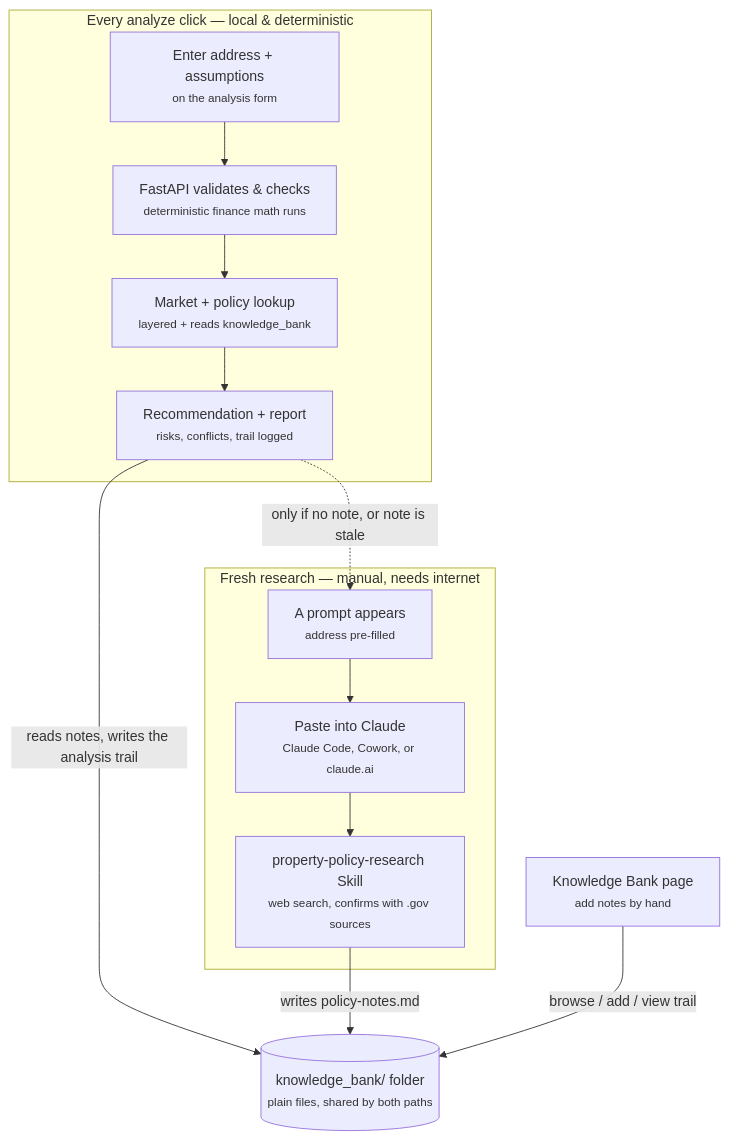
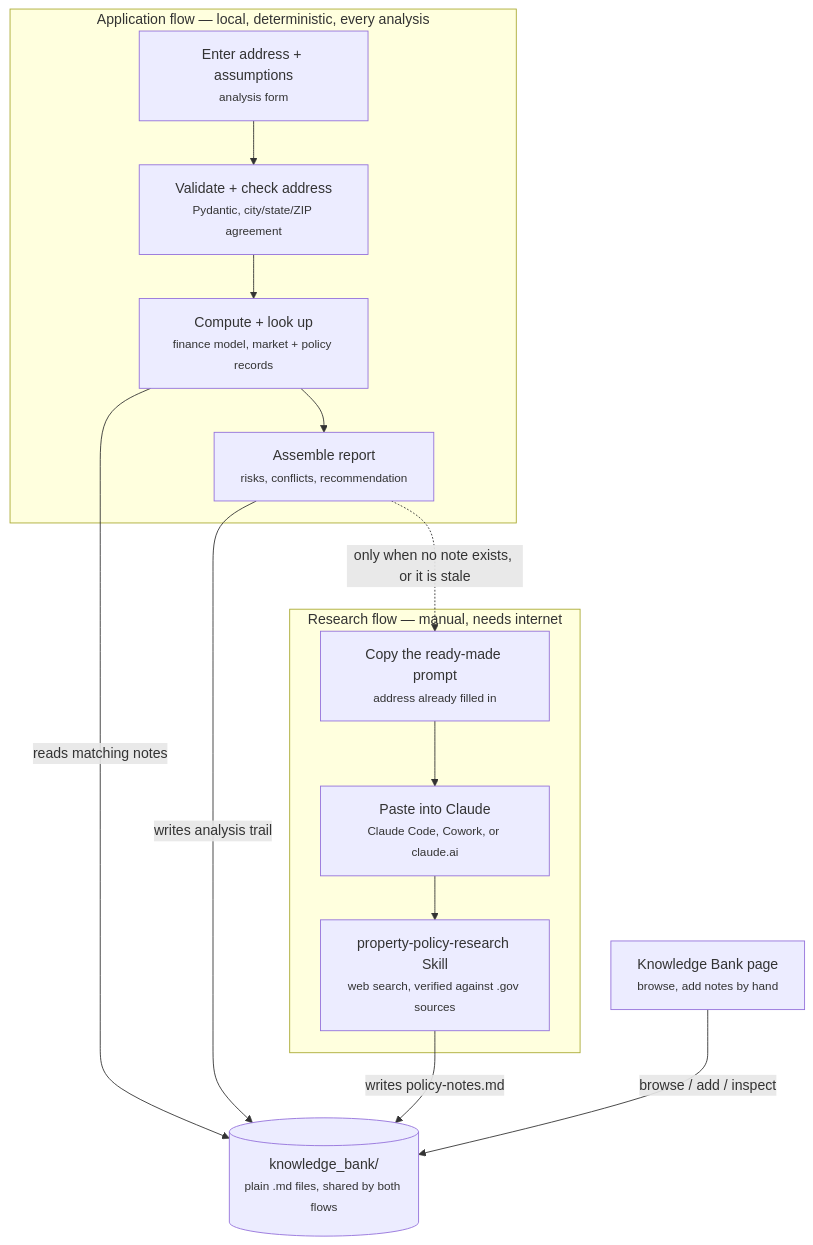
The diagram in README.md (AsisNath/Real-Estate-Investment-Decision-Support), drawn with Mermaid before and after one commit. The commit also changed other lines of this file and 2 other files, not shown here.

First line of the commit message:
Rewrite README against the current codebase; track the .md renames

````diff
--- a/README.md
+++ b/README.md
@@ -17,25 +64,26 @@
 ```mermaid
 flowchart TD
-    subgraph appflow["Every analyze click — local & deterministic"]
-        A["Enter address + assumptions<br/><small>on the analysis form</small>"]
-        B["FastAPI validates & checks<br/><small>deterministic finance math runs</small>"]
-        C["Market + policy lookup<br/><small>layered + reads knowledge_bank</small>"]
-        D["Recommendation + report<br/><small>risks, conflicts, trail logged</small>"]
+    subgraph appflow["Application flow — local, deterministic, every analysis"]
+        A["Enter address + assumptions<br/><small>analysis form</small>"]
+        B["Validate + check address<br/><small>Pydantic, city/state/ZIP agreement</small>"]
+        C["Compute + look up<br/><small>finance model, market + policy records</small>"]
+        D["Assemble report<br/><small>risks, conflicts, recommendation</small>"]
         A --> B --> C --> D
     end
 
-    subgraph research["Fresh research — manual, needs internet"]
-        E["A prompt appears<br/><small>address pre-filled</small>"]
+    subgraph research["Research flow — manual, needs internet"]
+        E["Copy the ready-made prompt<br/><small>address already filled in</small>"]
         F["Paste into Claude<br/><small>Claude Code, Cowork, or claude.ai</small>"]
-        G["property-policy-research Skill<br/><small>web search, confirms with .gov sources</small>"]
+        G["property-policy-research Skill<br/><small>web search, verified against .gov sources</small>"]
         E --> F --> G
     end
 
-    KB[("knowledge_bank/ folder<br/><small>plain files, shared by both paths</small>")]
-    H["Knowledge Bank page<br/><small>add notes by hand</small>"]
+    KB[("knowledge_bank/<br/><small>plain .md files, shared by both flows</small>")]
+    H["Knowledge Bank page<br/><small>browse, add notes by hand</small>"]
 
-    D -->|reads notes, writes the analysis trail| KB
-    D -.->|only if no note, or note is stale| E
+    C -->|reads matching notes| KB
+    D -->|writes analysis trail| KB
+    D -.->|only when no note exists, or it is stale| E
     G -->|writes policy-notes.md| KB
-    H -->|browse / add / view trail| KB
+    H -->|browse / add / inspect| KB
 ```
````
